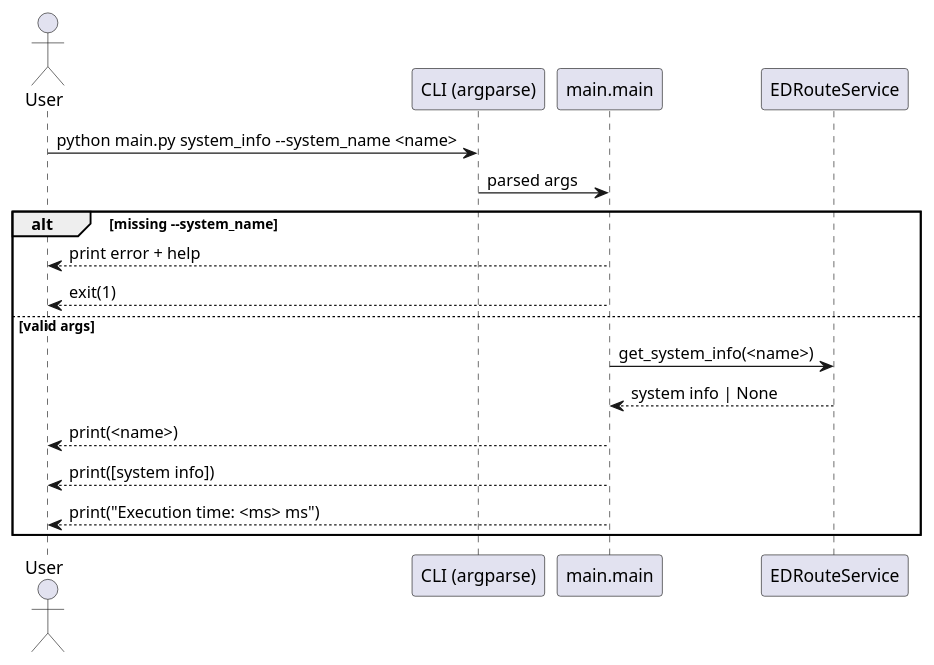
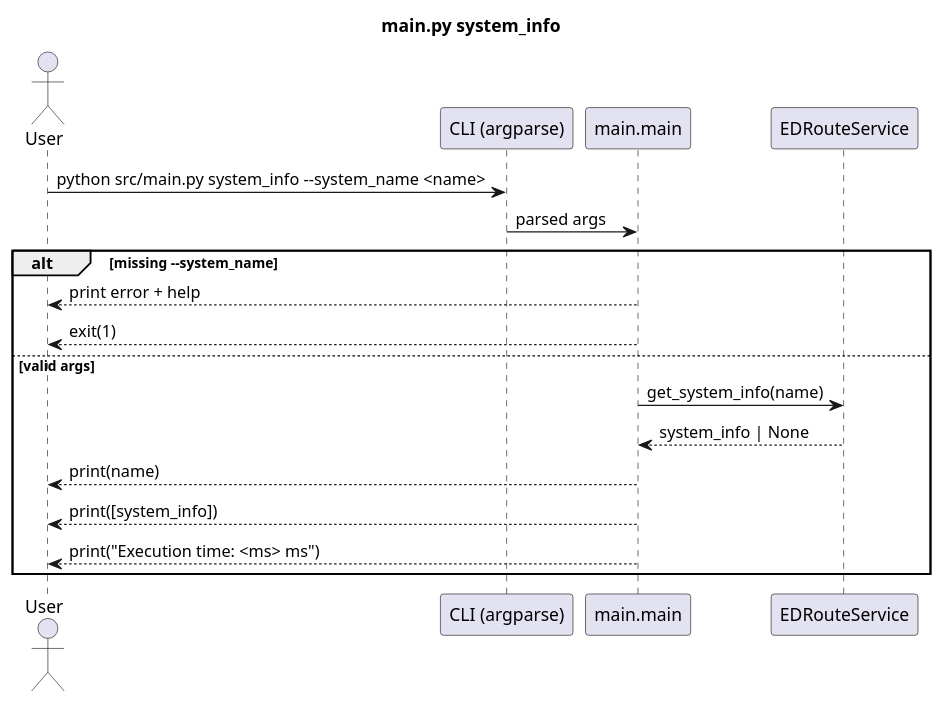
One commit to fazleskhan/elite_dangerous_discord_tools changed the second of 6 diagrams in docs/main_sequences.puml. Above: the diagram before and after it, drawn with PlantUML. The commit also changed other lines of this file and 25 other files, not shown here.

Commit message:
updated README.md and sequence diagrams

```diff
--- a/docs/main_sequences.puml
+++ b/docs/main_sequences.puml
@@ -15,20 +16,21 @@
-@startuml system_info
+@startuml main_system_info
+title main.py system_info
 actor User
 participant "CLI (argparse)" as CLI
 participant "main.main" as Main
 participant "EDRouteService" as Route
 
-User -> CLI : python main.py system_info --system_name <name>
+User -> CLI : python src/main.py system_info --system_name <name>
 CLI -> Main : parsed args
 
 alt missing --system_name
   Main --> User : print error + help
   Main --> User : exit(1)
 else valid args
-  Main -> Route : get_system_info(<name>)
-  Route --> Main : system info | None
-  Main --> User : print(<name>)
-  Main --> User : print([system info])
+  Main -> Route : get_system_info(name)
+  Route --> Main : system_info | None
+  Main --> User : print(name)
+  Main --> User : print([system_info])
   Main --> User : print("Execution time: <ms> ms")
 end
 @enduml
```
